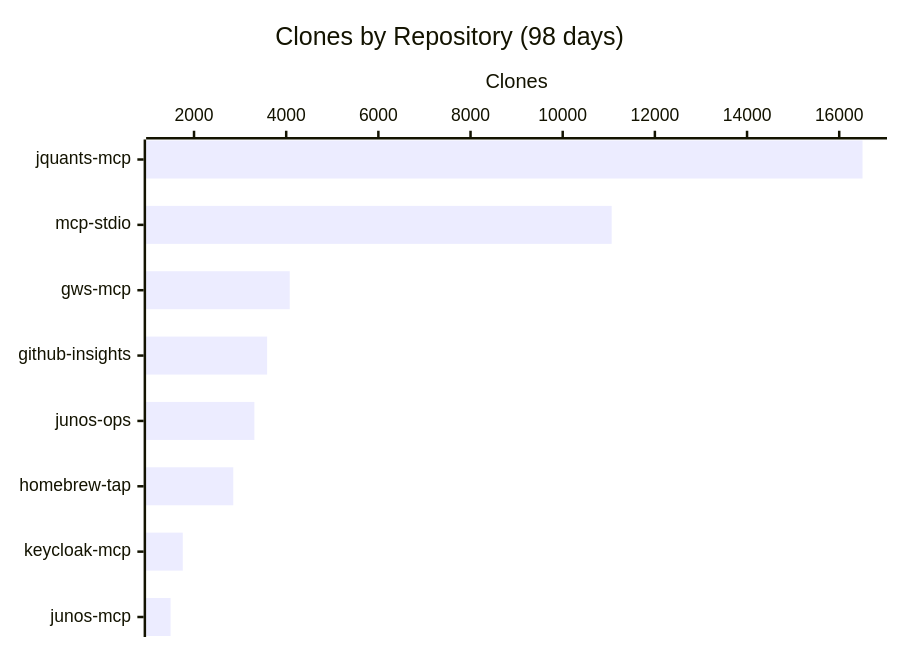
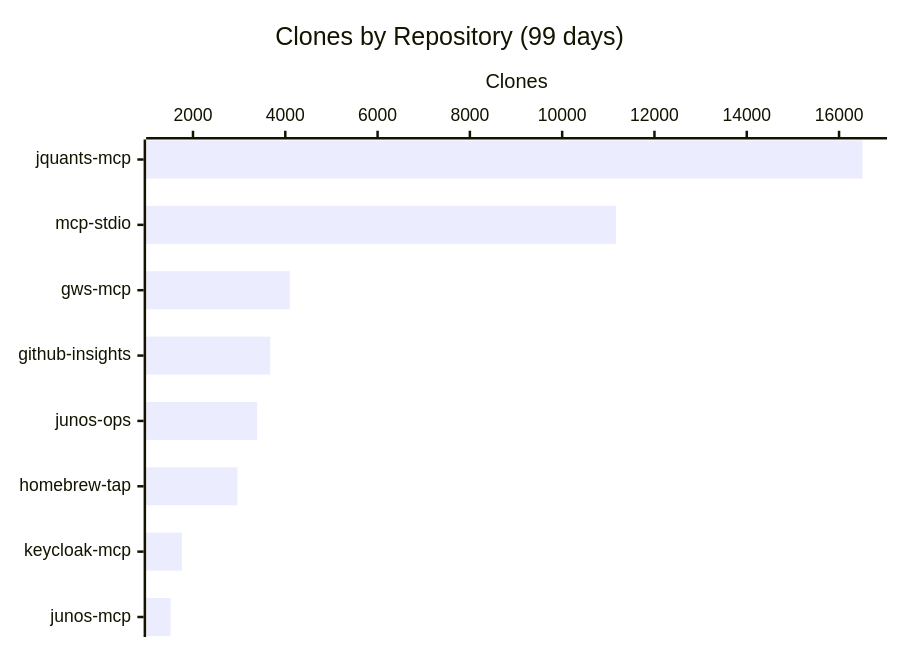
Before and after one commit to shigechika/github-insights: the third of 3 diagrams in README.md, drawn with Mermaid. The commit also changed other lines of this file and 2 other files, not shown here.

````diff
--- a/README.md
+++ b/README.md
@@ -43,7 +43,7 @@
 ```mermaid
 xychart-beta horizontal
-    title "Clones by Repository (98 days)"
+    title "Clones by Repository (99 days)"
     x-axis ["jquants-mcp", "mcp-stdio", "gws-mcp", "github-insights", "junos-ops", "homebrew-tap", "keycloak-mcp", "junos-mcp"]
     y-axis "Clones"
-    bar [16506, 11062, 4077, 3586, 3310, 2852, 1756, 1491]
+    bar [16509, 11168, 4099, 3672, 3391, 2964, 1759, 1514]
 ```
````
